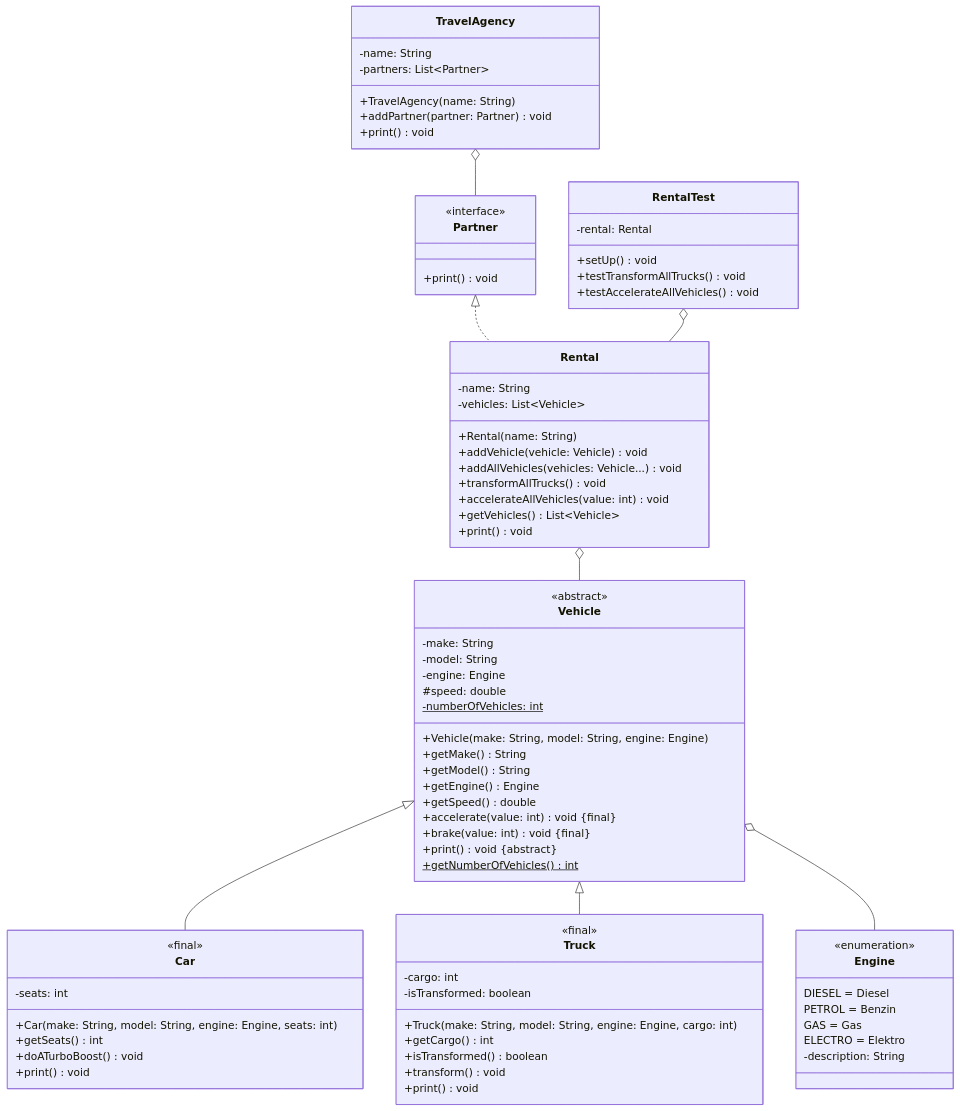
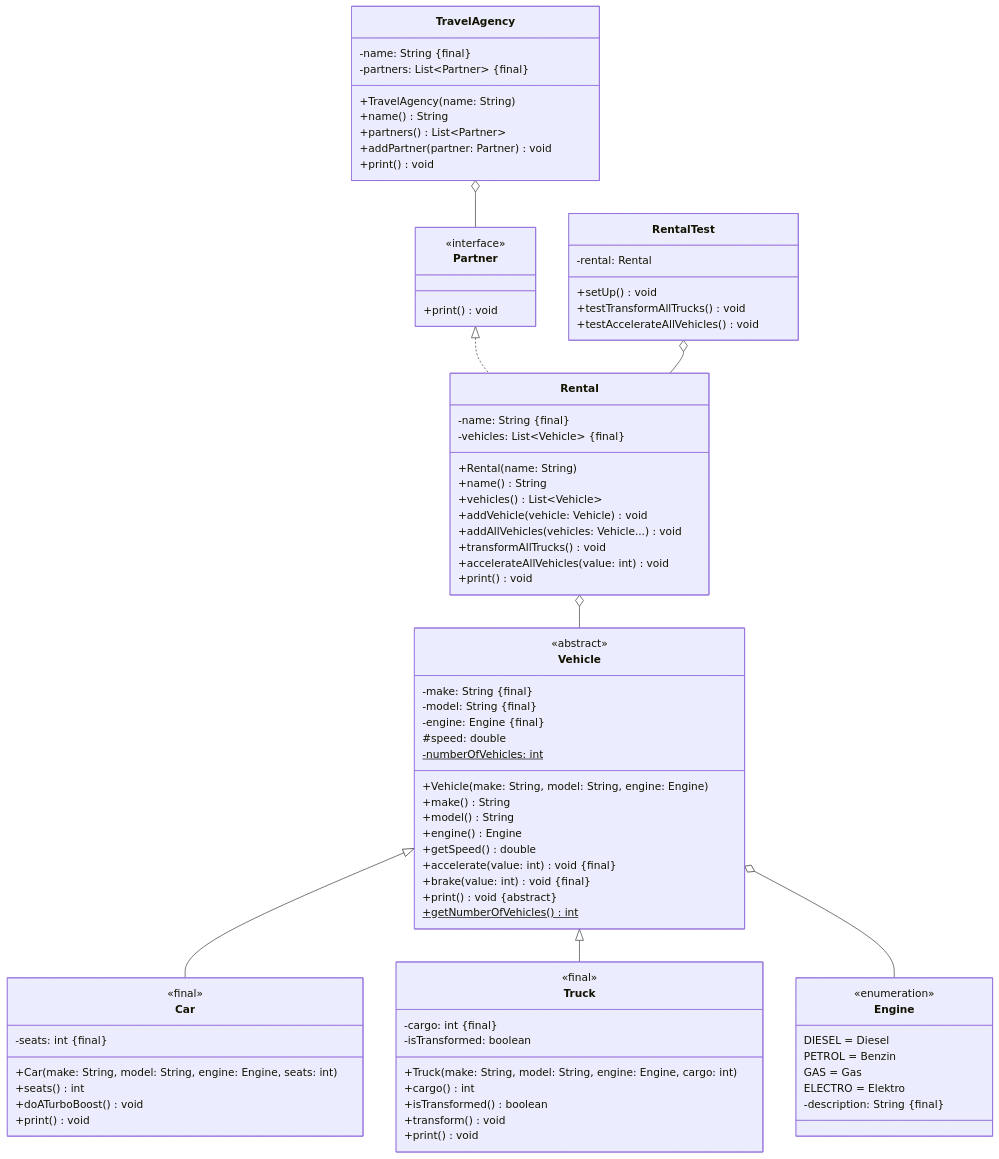
The diagram in docs/exercises/unit-tests/unit-tests02.md (jappuccini/java-docs), drawn with Mermaid before and after one commit. The commit also changed 33 other files, not shown here.

Commit message:
add final-property, change getter-description, change list- and map-declarations

```diff
--- a/docs/exercises/unit-tests/unit-tests02.md
+++ b/docs/exercises/unit-tests/unit-tests02.md
@@ -21,15 +21,15 @@
 
     class Vehicle {
         <<abstract>>
-        -make: String
-        -model: String
-        -engine: Engine
+        -make: String &#123final&#125
+        -model: String &#123final&#125
+        -engine: Engine &#123final&#125
         #speed: double
         -numberOfVehicles: int$
         +Vehicle(make: String, model: String, engine: Engine)
-        +getMake() String
-        +getModel() String
-        +getEngine() Engine
+        +make() String
+        +model() String
+        +engine() Engine
         +getSpeed() double
         +accelerate(value: int) void &#123final&#125
         +brake(value: int) void &#123final&#125
@@ -43,38 +43,39 @@
         PETROL = Benzin
         GAS = Gas
         ELECTRO = Elektro
-        -description: String
+        -description: String &#123final&#125
     }
 
     class Car {
         <<final>>
-        -seats: int
+        -seats: int &#123final&#125
         +Car(make: String, model: String, engine: Engine, seats: int)
-        +getSeats() int
+        +seats() int
         +doATurboBoost() void
         +print() void
     }
 
     class Truck {
         <<final>>
-        -cargo: int
+        -cargo: int &#123final&#125
         -isTransformed: boolean
         +Truck(make: String, model: String, engine: Engine, cargo: int)
-        +getCargo() int
+        +cargo() int
         +isTransformed() boolean
         +transform() void
         +print() void
     }
 
     class Rental {
-        -name: String
-        -vehicles: List~Vehicle~
+        -name: String &#123final&#125
+        -vehicles: List~Vehicle~ &#123final&#125
         +Rental(name: String)
+        +name() String
+        +vehicles() List~Vehicle~
         +addVehicle(vehicle: Vehicle) void
         +addAllVehicles(vehicles: Vehicle...) void
         +transformAllTrucks() void
         +accelerateAllVehicles(value: int) void
-        +getVehicles() List~Vehicle~
         +print() void
     }
 
@@ -84,9 +85,11 @@
     }
 
     class TravelAgency {
-        -name: String
-        -partners: List~Partner~
+        -name: String &#123final&#125
+        -partners: List~Partner~ &#123final&#125
         +TravelAgency(name: String)
+        +name() String
+        +partners() List~Partner~
         +addPartner(partner: Partner) void
         +print() void
     }
```
